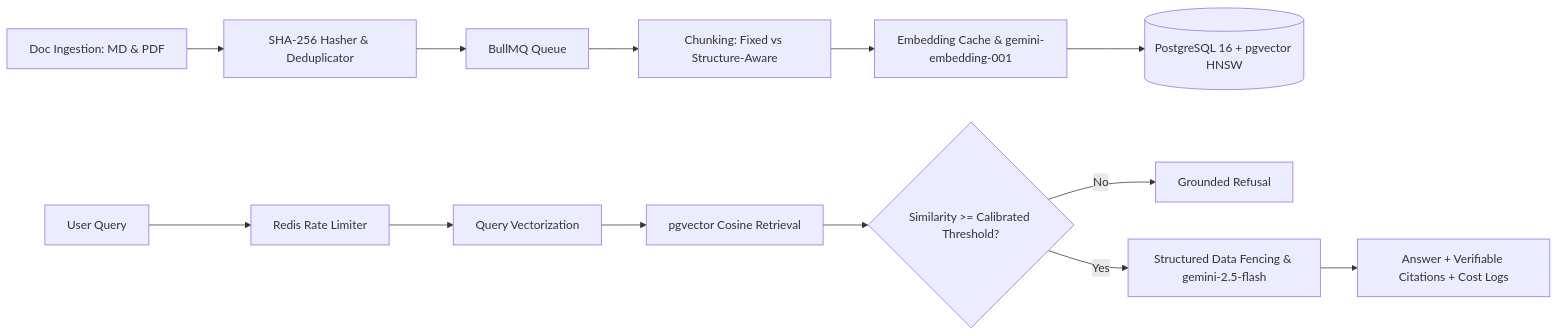
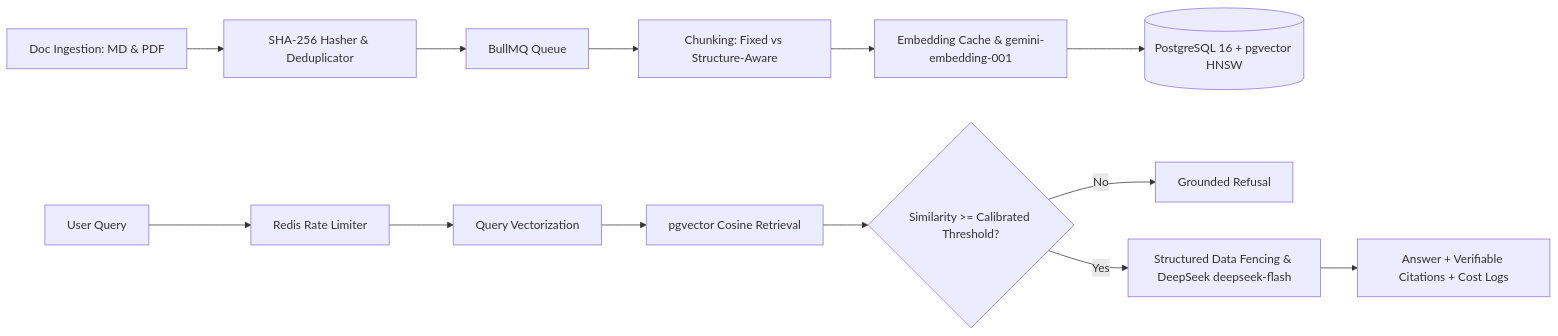
Before and after one commit to ScrappyAT/grounded-rag: the diagram in README.md, drawn with Mermaid. The commit also changed other lines of this file and 21 other files, not shown here.

Commit message:
feat: integrate DeepSeek neural generation with grounded RAG

````diff
--- a/README.md
+++ b/README.md
@@ -37,16 +38,16 @@
 ```mermaid
 flowchart LR
     A[Doc Ingestion: MD & PDF] --> B[SHA-256 Hasher & Deduplicator]
     B --> C[BullMQ Queue]
     C --> D[Chunking: Fixed vs Structure-Aware]
     D --> E[Embedding Cache & gemini-embedding-001]
     E --> F[(PostgreSQL 16 + pgvector HNSW)]
 
     G[User Query] --> H[Redis Rate Limiter]
     H --> I[Query Vectorization]
     I --> J[pgvector Cosine Retrieval]
     J --> K{Similarity >= Calibrated Threshold?}
     K -- No --> L[Grounded Refusal]
-    K -- Yes --> M[Structured Data Fencing & gemini-2.5-flash]
+    K -- Yes --> M[Structured Data Fencing & DeepSeek deepseek-flash]
     M --> N[Answer + Verifiable Citations + Cost Logs]
 ```
````
